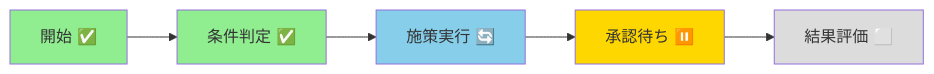
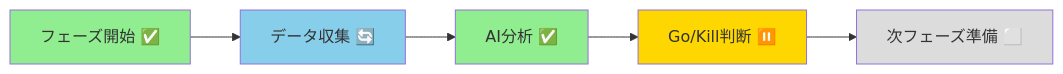
One commit to Unson-LLC/unson_os changed the first of 2 diagrams in docs/for-developers/core-system/02-ui-design/storyboard.md. Above: the diagram before and after it, drawn with Mermaid. The commit also changed other lines of this file and 6 other files, not shown here.

````diff
--- a/docs/for-developers/core-system/02-ui-design/storyboard.md
+++ b/docs/for-developers/core-system/02-ui-design/storyboard.md
@@ -78,13 +104,13 @@
 ```mermaid
 graph LR
-    Start[開始 ✅] --> Guard[条件判定 ✅]
-    Guard --> Action[施策実行 🔄]
-    Action --> Gate[承認待ち ⏸️]
-    Gate --> Outcome[結果評価 ⬜]
+    Start[フェーズ開始 ✅] --> Data[データ収集 🔄]
+    Data --> Analysis[AI分析 ✅]
+    Analysis --> Gate[Go/Kill判断 ⏸️]
+    Gate --> NextPhase[次フェーズ準備 ⬜]
     
     style Start fill:#90EE90
-    style Guard fill:#90EE90
-    style Action fill:#87CEEB
+    style Data fill:#87CEEB
+    style Analysis fill:#90EE90
     style Gate fill:#FFD700
-    style Outcome fill:#DCDCDC
+    style NextPhase fill:#DCDCDC
 ```
````
